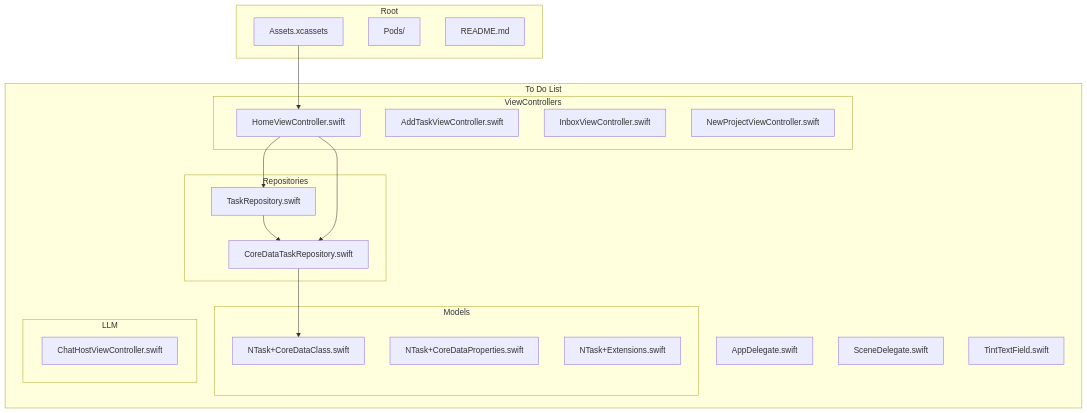
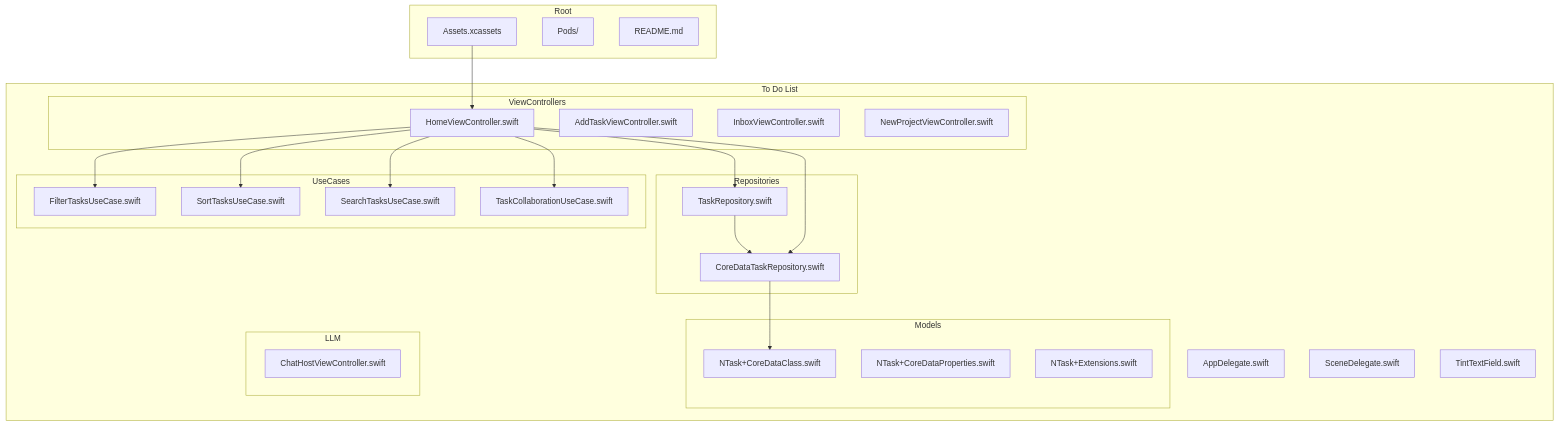
The first of 6 diagrams in .qoder/repowiki/en/content/Task Management System/Task Management System.md (Saransh-Sharma/Tasker), drawn with Mermaid before and after one commit. The commit also changed other lines of this file and 18 other files, not shown here.

````diff
--- a/.qoder/repowiki/en/content/Task Management System/Task Management System.md
+++ b/.qoder/repowiki/en/content/Task Management System/Task Management System.md
@@ -29,36 +43,46 @@
 ```mermaid
 graph TB
 subgraph "Root"
 Assets[Assets.xcassets]
 Pods[Pods/]
 README[README.md]
 end
 subgraph "To Do List"
 AppDelegate[AppDelegate.swift]
 SceneDelegate[SceneDelegate.swift]
 TintTextField[TintTextField.swift]
 subgraph "Repositories"
 TaskRepository[TaskRepository.swift]
 CoreDataTaskRepository[CoreDataTaskRepository.swift]
 end
 subgraph "ViewControllers"
 HomeVC[HomeViewController.swift]
 AddTaskVC[AddTaskViewController.swift]
 InboxVC[InboxViewController.swift]
 NewProjectVC[NewProjectViewController.swift]
 end
 subgraph "Models"
 NTaskClass[NTask+CoreDataClass.swift]
 NTaskProps[NTask+CoreDataProperties.swift]
 NTaskExt[NTask+Extensions.swift]
 end
 subgraph "LLM"
 ChatHost[ChatHostViewController.swift]
 end
+subgraph "UseCases"
+FilterTasks[FilterTasksUseCase.swift]
+SortTasks[SortTasksUseCase.swift]
+SearchTasks[SearchTasksUseCase.swift]
+TaskCollaboration[TaskCollaborationUseCase.swift]
+end
 end
 Assets --> HomeVC
 TaskRepository --> CoreDataTaskRepository
 CoreDataTaskRepository --> NTaskClass
 HomeVC --> TaskRepository
 HomeVC --> CoreDataTaskRepository
+HomeVC --> FilterTasks
+HomeVC --> SortTasks
+HomeVC --> SearchTasks
+HomeVC --> TaskCollaboration
 ```
````
